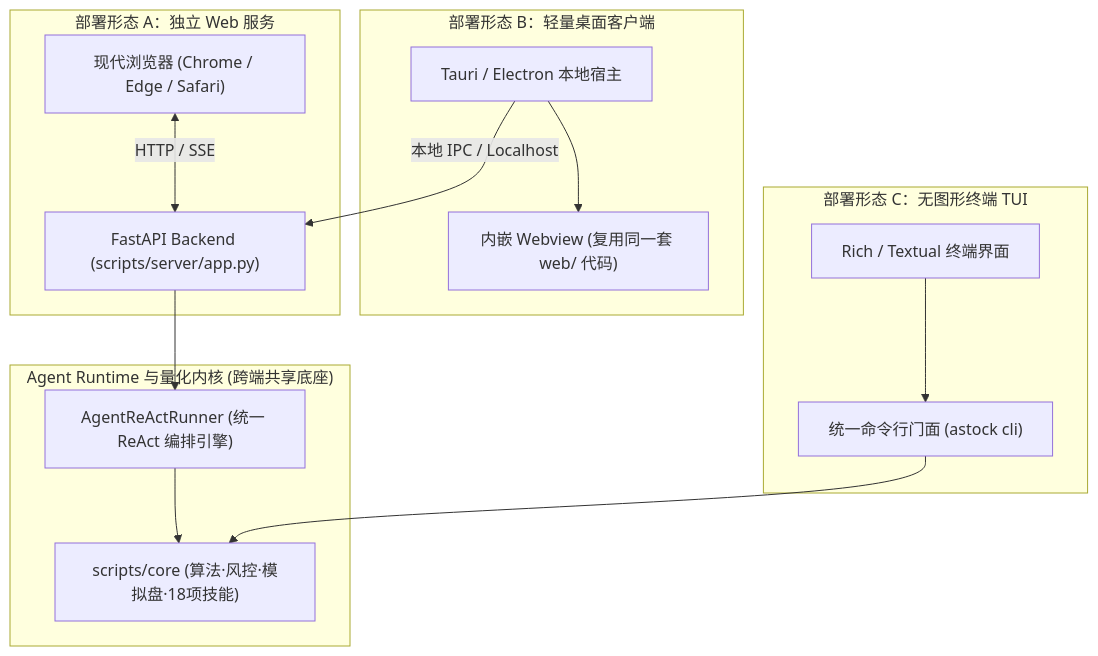
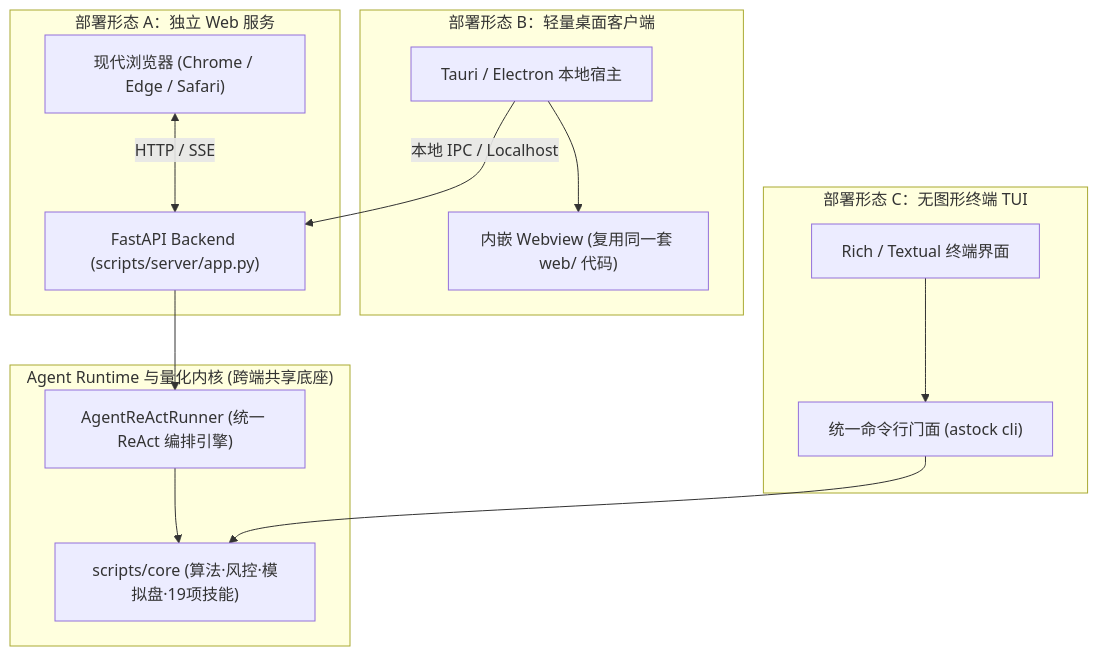
The second of 2 diagrams in docs/guidelines/architecture/web-aichat-architecture.md (cvdnn/a_stock_agents), drawn with Mermaid before and after one commit. The commit also changed other lines of this file and 21 other files, not shown here.

````diff
--- a/docs/guidelines/architecture/web-aichat-architecture.md
+++ b/docs/guidelines/architecture/web-aichat-architecture.md
@@ -74,29 +74,29 @@
 ```mermaid
 flowchart TB
     subgraph Core["Agent Runtime 与量化内核 (跨端共享底座)"]
         RT["AgentReActRunner (统一 ReAct 编排引擎)"]
-        CoreLib["scripts/core (算法·风控·模拟盘·18项技能)"]
+        CoreLib["scripts/core (算法·风控·模拟盘·19项技能)"]
         RT --> CoreLib
     end
 
     subgraph Mode1["部署形态 A：独立 Web 服务"]
         Srv["FastAPI Backend (scripts/server/app.py)"]
         Browser["现代浏览器 (Chrome / Edge / Safari)"]
         Browser <-->|HTTP / SSE| Srv
         Srv --> RT
     end
 
     subgraph Mode2["部署形态 B：轻量桌面客户端"]
         Desktop["Tauri / Electron 本地宿主"]
         LocalWeb["内嵌 Webview (复用同一套 web/ 代码)"]
         Desktop --> LocalWeb
         Desktop -->|本地 IPC / Localhost| Srv
     end
 
     subgraph Mode3["部署形态 C：无图形终端 TUI"]
         Terminal["Rich / Textual 终端界面"]
         CLI["统一命令行门面 (astock cli)"]
         Terminal --> CLI
         CLI --> CoreLib
     end
 ```
````
